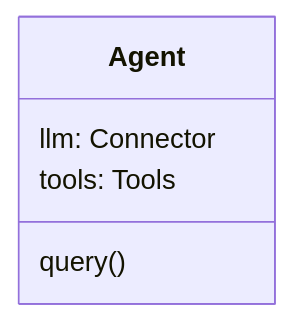
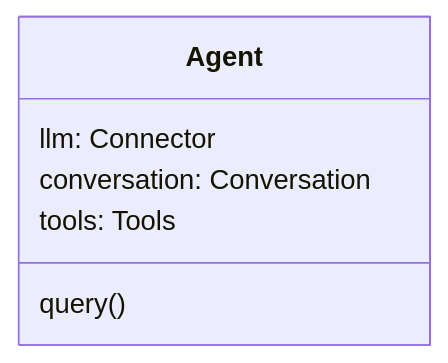
One commit to maozy13/walle changed the diagram in design/architecture.md. Above: the diagram before and after it, drawn with Mermaid. The commit also changed other lines of this file and 21 other files, not shown here.

````diff
--- a/design/architecture.md
+++ b/design/architecture.md
@@ -9,9 +9,11 @@
 ```mermaid
 classDiagram
 
 class Agent {
     llm: Connector
+    conversation: Conversation
     tools: Tools
     query()
 }
+
 ```
````
